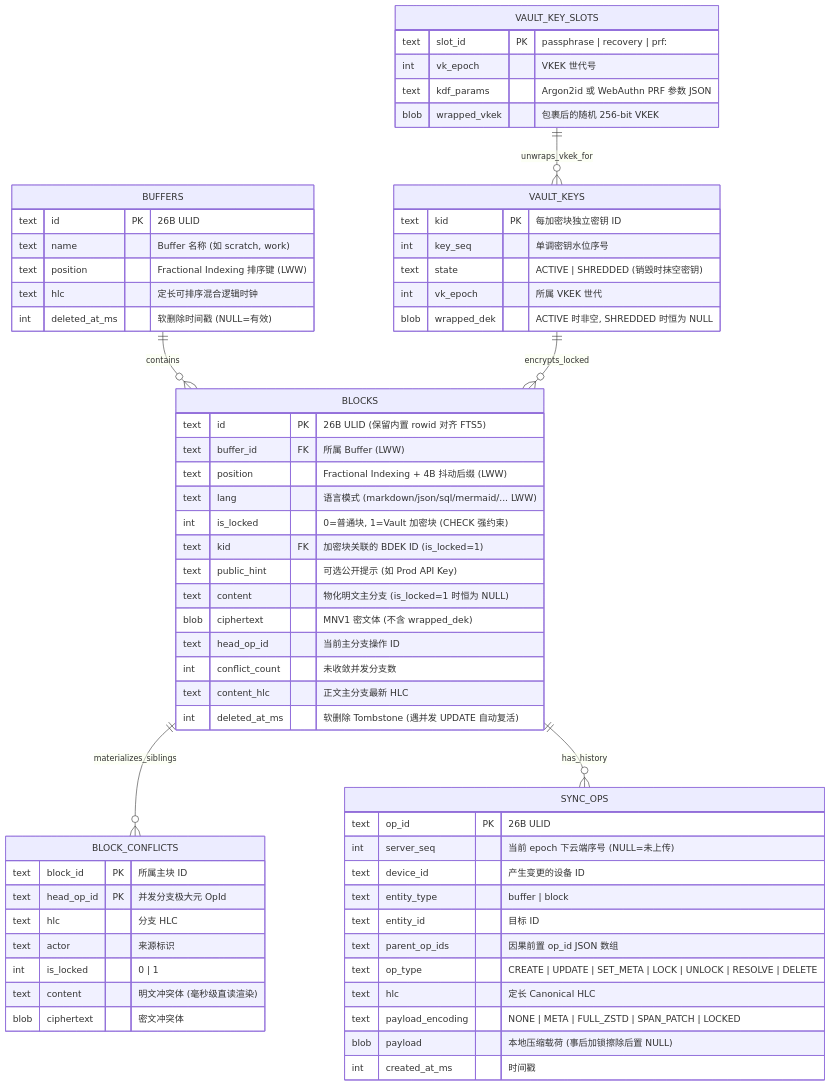
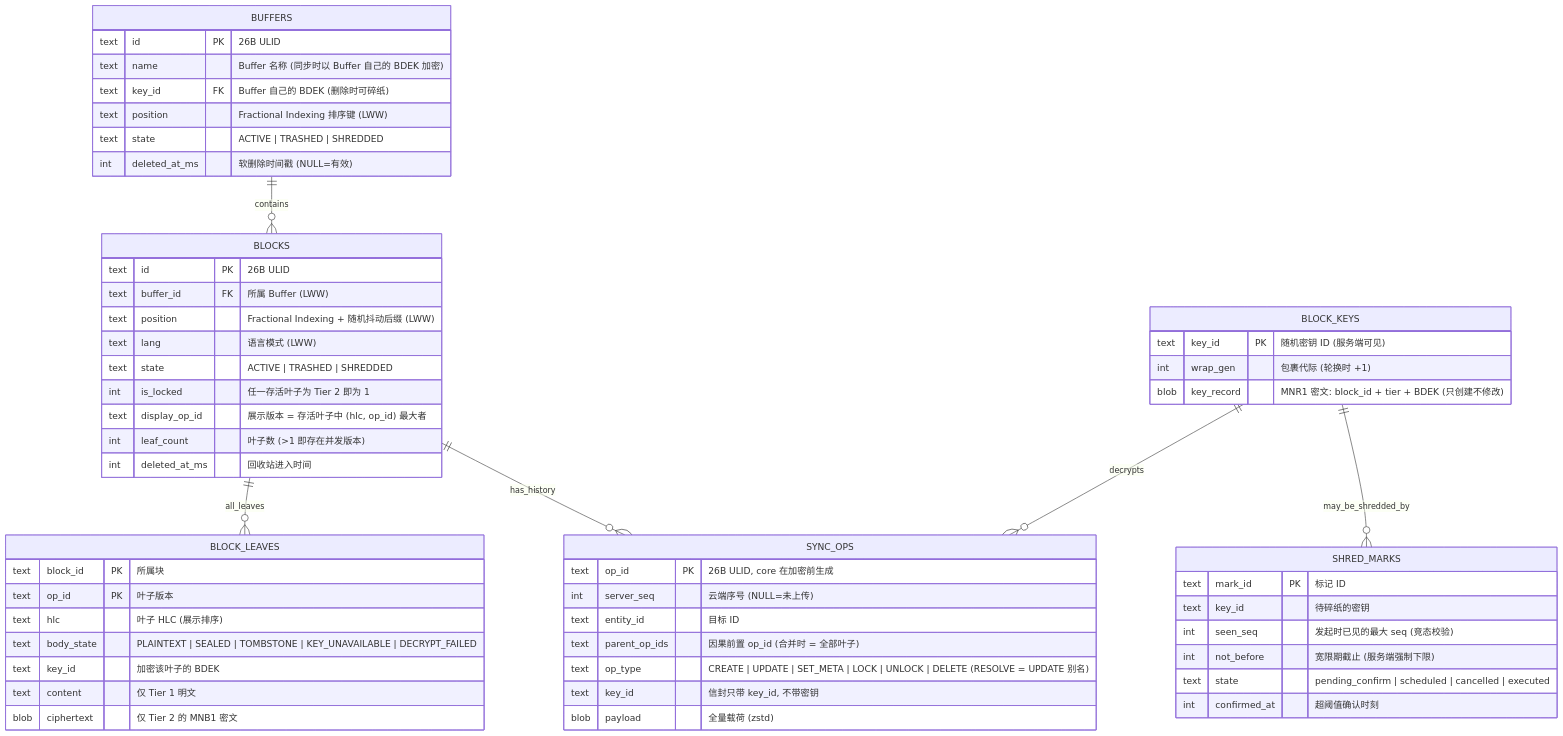
Before and after one commit to gray0128/my-note: the second of 7 diagrams in docs/architecture-proposal.md, drawn with Mermaid. The commit also changed other lines of this file and 16 other files, not shown here.

````diff
--- a/docs/architecture-proposal.md
+++ b/docs/architecture-proposal.md
@@ -284,65 +342,58 @@
 ```mermaid
 erDiagram
     BUFFERS ||--o{ BLOCKS : contains
-    BLOCKS ||--o{ BLOCK_CONFLICTS : materializes_siblings
+    BLOCKS ||--o{ BLOCK_LEAVES : all_leaves
     BLOCKS ||--o{ SYNC_OPS : has_history
-    VAULT_KEY_SLOTS ||--o{ VAULT_KEYS : unwraps_vkek_for
-    VAULT_KEYS ||--o{ BLOCKS : encrypts_locked
+    BLOCK_KEYS ||--o{ SYNC_OPS : decrypts
+    BLOCK_KEYS ||--o{ SHRED_MARKS : may_be_shredded_by
     BUFFERS {
         text id PK "26B ULID"
-        text name "Buffer 名称 (如 scratch, work)"
+        text name "Buffer 名称 (同步时以 Buffer 自己的 BDEK 加密)"
+        text key_id FK "Buffer 自己的 BDEK (删除时可碎纸)"
         text position "Fractional Indexing 排序键 (LWW)"
-        text hlc "定长可排序混合逻辑时钟"
+        text state "ACTIVE | TRASHED | SHREDDED"
         int deleted_at_ms "软删除时间戳 (NULL=有效)"
     }
     BLOCKS {
-        text id PK "26B ULID (保留内置 rowid 对齐 FTS5)"
+        text id PK "26B ULID"
         text buffer_id FK "所属 Buffer (LWW)"
-        text position "Fractional Indexing + 4B 抖动后缀 (LWW)"
-        text lang "语言模式 (markdown/json/sql/mermaid/... LWW)"
-        int is_locked "0=普通块, 1=Vault 加密块 (CHECK 强约束)"
-        text kid FK "加密块关联的 BDEK ID (is_locked=1)"
-        text public_hint "可选公开提示 (如 Prod API Key)"
-        text content "物化明文主分支 (is_locked=1 时恒为 NULL)"
-        blob ciphertext "MNV1 密文体 (不含 wrapped_dek)"
-        text head_op_id "当前主分支操作 ID"
-        int conflict_count "未收敛并发分支数"
-        text content_hlc "正文主分支最新 HLC"
-        int deleted_at_ms "软删除 Tombstone (遇并发 UPDATE 自动复活)"
+        text position "Fractional Indexing + 随机抖动后缀 (LWW)"
+        text lang "语言模式 (LWW)"
+        text state "ACTIVE | TRASHED | SHREDDED"
+        int is_locked "任一存活叶子为 Tier 2 即为 1"
+        text display_op_id "展示版本 = 存活叶子中 (hlc, op_id) 最大者"
+        int leaf_count "叶子数 (>1 即存在并发版本)"
+        int deleted_at_ms "回收站进入时间"
     }
-    BLOCK_CONFLICTS {
-        text block_id PK "所属主块 ID"
-        text head_op_id PK "并发分支极大元 OpId"
-        text hlc "分支 HLC"
-        text actor "来源标识"
-        int is_locked "0 | 1"
-        text content "明文冲突体 (毫秒级直读渲染)"
-        blob ciphertext "密文冲突体"
+    BLOCK_LEAVES {
+        text block_id PK "所属块"
+        text op_id PK "叶子版本"
+        text hlc "叶子 HLC (展示排序)"
+        text body_state "PLAINTEXT | SEALED | TOMBSTONE | KEY_UNAVAILABLE | DECRYPT_FAILED"
+        text key_id "加密该叶子的 BDEK"
+        text content "仅 Tier 1 明文"
+        blob ciphertext "仅 Tier 2 的 MNB1 密文"
     }
-    VAULT_KEY_SLOTS {
-        text slot_id PK "passphrase | recovery | prf:<hash>"
-        int vk_epoch "VKEK 世代号"
-        text kdf_params "Argon2id 或 WebAuthn PRF 参数 JSON"
-        blob wrapped_vkek "包裹后的随机 256-bit VKEK"
+    BLOCK_KEYS {
+        text key_id PK "随机密钥 ID (服务端可见)"
+        int wrap_gen "包裹代际 (轮换时 +1)"
+        blob key_record "MNR1 密文: block_id + tier + BDEK (只创建不修改)"
     }
-    VAULT_KEYS {
-        text kid PK "每加密块独立密钥 ID"
-        int key_seq "单调密钥水位序号"
-        text state "ACTIVE | SHREDDED (销毁时抹空密钥)"
-        int vk_epoch "所属 VKEK 世代"
-        blob wrapped_dek "ACTIVE 时非空, SHREDDED 时恒为 NULL"
+    SHRED_MARKS {
+        text mark_id PK "标记 ID"
+        text key_id "待碎纸的密钥"
+        int seen_seq "发起时已见的最大 seq (竞态校验)"
+        int not_before "宽限期截止 (服务端强制下限)"
+        text state "pending_confirm | scheduled | cancelled | executed"
+        int confirmed_at "超阈值确认时刻"
     }
     SYNC_OPS {
-        text op_id PK "26B ULID"
-        int server_seq "当前 epoch 下云端序号 (NULL=未上传)"
-        text device_id "产生变更的设备 ID"
-        text entity_type "buffer | block"
+        text op_id PK "26B ULID, core 在加密前生成"
+        int server_seq "云端序号 (NULL=未上传)"
         text entity_id "目标 ID"
-        text parent_op_ids "因果前置 op_id JSON 数组"
-        text op_type "CREATE | UPDATE | SET_META | LOCK | UNLOCK | RESOLVE | DELETE"
-        text hlc "定长 Canonical HLC"
-        text payload_encoding "NONE | META | FULL_ZSTD | SPAN_PATCH | LOCKED"
-        blob payload "本地压缩载荷 (事后加锁擦除后置 NULL)"
-        int created_at_ms "时间戳"
+        text parent_op_ids "因果前置 op_id (合并时 = 全部叶子)"
+        text op_type "CREATE | UPDATE | SET_META | LOCK | UNLOCK | DELETE (RESOLVE = UPDATE 别名)"
+        text key_id "信封只带 key_id, 不带密钥"
+        blob payload "全量载荷 (zstd)"
     }
 ```
````
